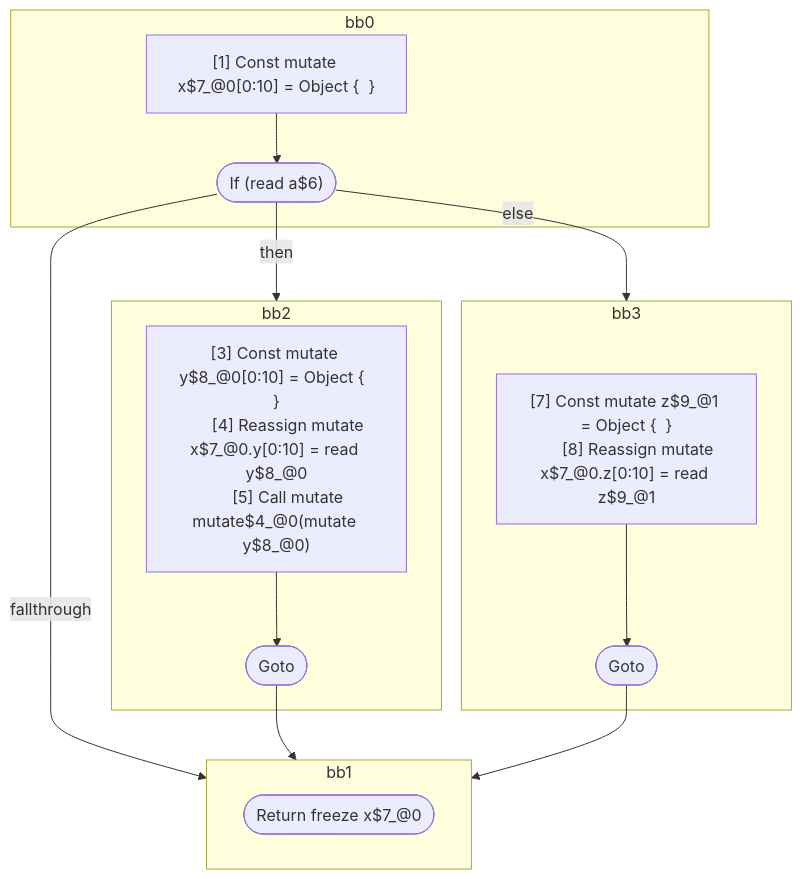
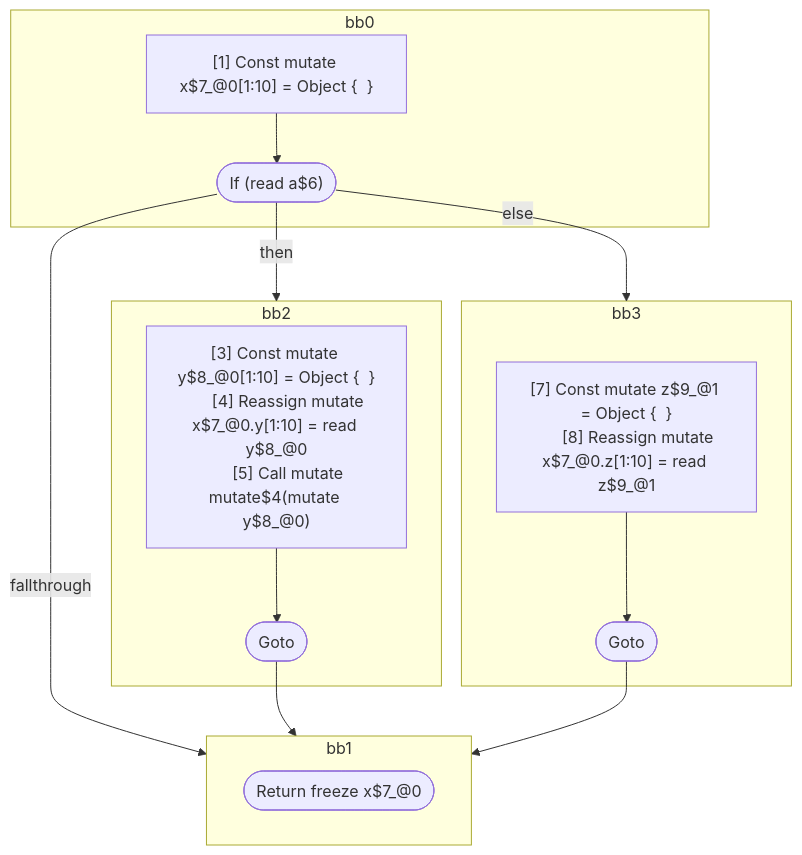
One commit to wutsmog/private changed the diagram in compiler/forget/src/__tests__/fixtures/hir/ssa-property-alias-mutate-inside-if.expect.md. Above: the diagram before and after it, drawn with Mermaid. The commit also changed other lines of this file and 100 other files, not shown here.

````diff
--- a/compiler/forget/src/__tests__/fixtures/hir/ssa-property-alias-mutate-inside-if.expect.md
+++ b/compiler/forget/src/__tests__/fixtures/hir/ssa-property-alias-mutate-inside-if.expect.md
@@ -46,36 +72,36 @@
 ```mermaid
 flowchart TB
   %% Basic Blocks
   subgraph bb0
     bb0_instrs["
-      [1] Const mutate x$7_@0[0:10] = Object {  }
+      [1] Const mutate x$7_@0[1:10] = Object {  }
     "]
     bb0_instrs --> bb0_terminal(["If (read a$6)"])
   end
   subgraph bb2
     bb2_instrs["
-      [3] Const mutate y$8_@0[0:10] = Object {  }
-      [4] Reassign mutate x$7_@0.y[0:10] = read y$8_@0
-      [5] Call mutate mutate$4_@0(mutate y$8_@0)
+      [3] Const mutate y$8_@0[1:10] = Object {  }
+      [4] Reassign mutate x$7_@0.y[1:10] = read y$8_@0
+      [5] Call mutate mutate$4(mutate y$8_@0)
     "]
     bb2_instrs --> bb2_terminal(["Goto"])
   end
   subgraph bb3
     bb3_instrs["
       [7] Const mutate z$9_@1 = Object {  }
-      [8] Reassign mutate x$7_@0.z[0:10] = read z$9_@1
+      [8] Reassign mutate x$7_@0.z[1:10] = read z$9_@1
     "]
     bb3_instrs --> bb3_terminal(["Goto"])
   end
   subgraph bb1
     bb1_terminal(["Return freeze x$7_@0"])
   end
 
   %% Jumps
   bb0_terminal -- "then" --> bb2
   bb0_terminal -- "else" --> bb3
   bb0_terminal -- "fallthrough" --> bb1
   bb2_terminal --> bb1
   bb3_terminal --> bb1
 
 ```
````
